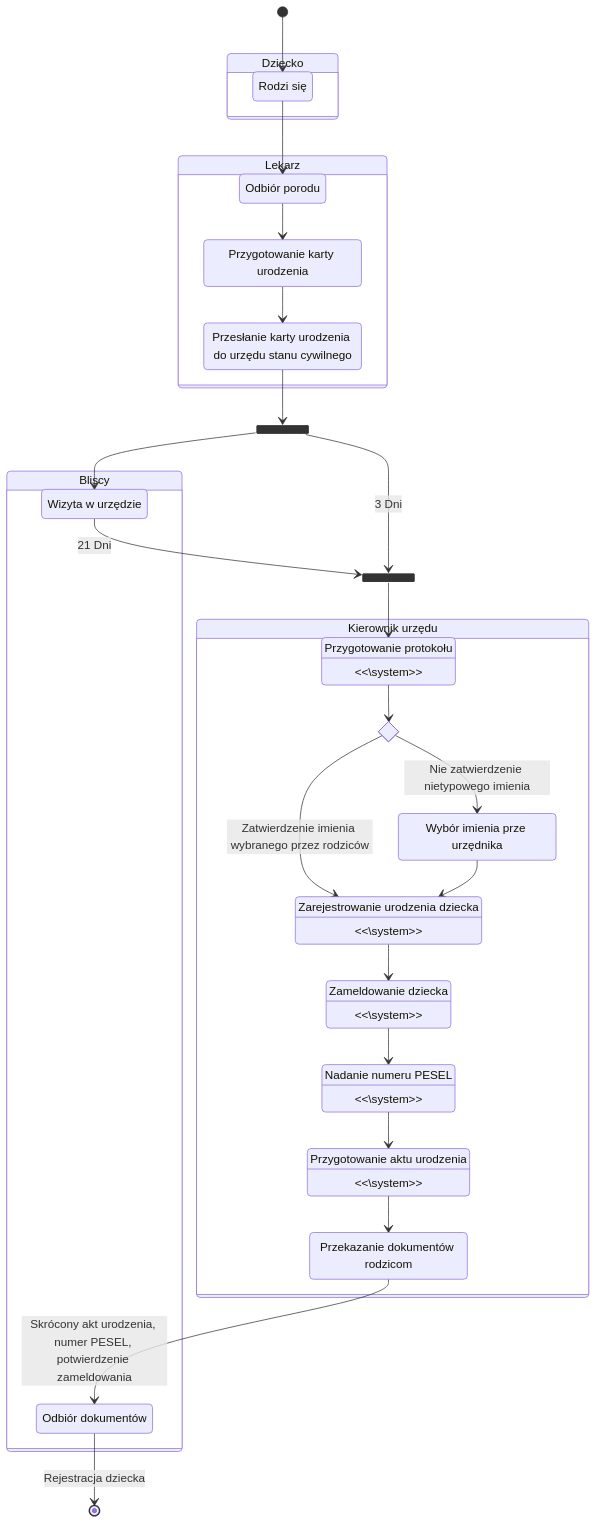
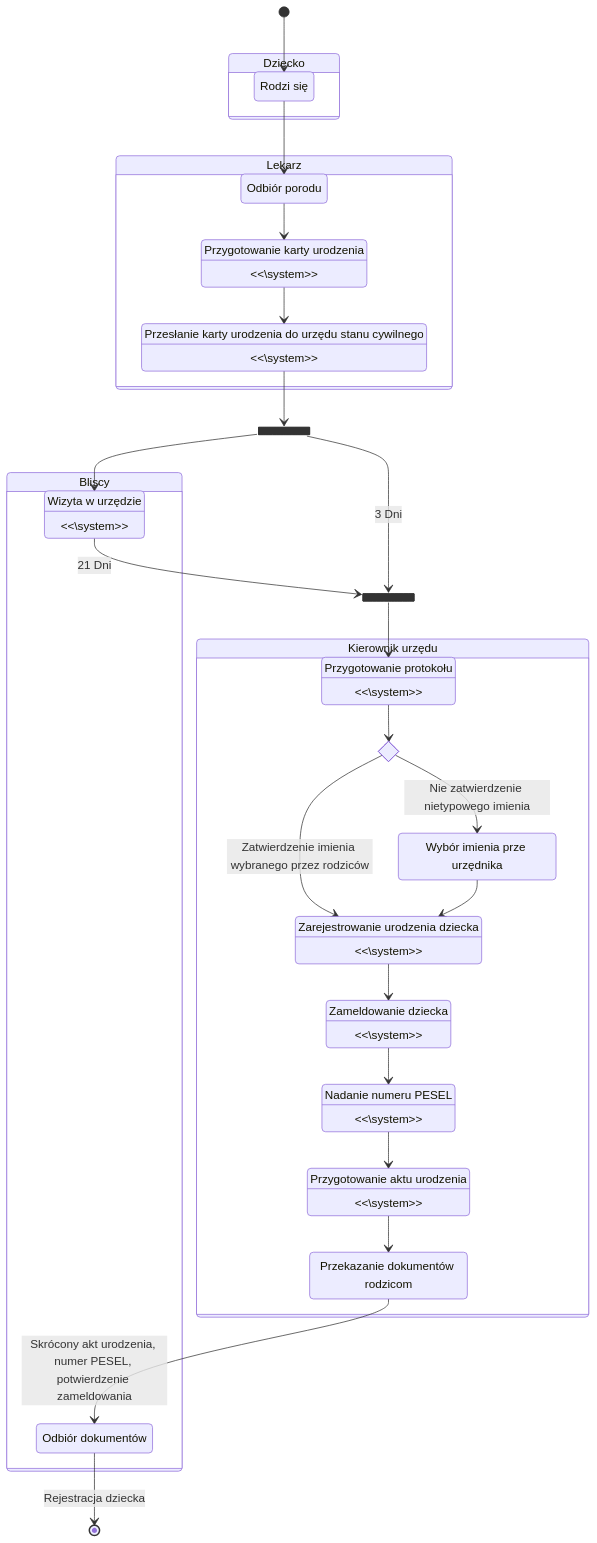
The second of 4 diagrams in README.md (bartlomiejkrawczyk/ZPI-22Z), drawn with Mermaid before and after one commit. The commit also changed other lines of this file, not shown here.

````diff
--- a/README.md
+++ b/README.md
@@ -225,60 +225,63 @@
 ```mermaid
 stateDiagram
     [*] --> r1
     state Dziecko {
         direction LR
         state "Rodzi się" as r1
     }
     state Lekarz {
         direction LR
         state "Odbiór porodu" as l1
         state "Przygotowanie karty urodzenia" as l2
+        state "<<\system>>" as l2
         state "Przesłanie karty urodzenia do urzędu stanu cywilnego" as l3
+        state "<<\system>>" as l3
 
         l1 --> l2
         l2 --> l3
     }
 
     r1 --> l1
 
     state Bliscy {
         state "Wizyta w urzędzie" as b1
+        state "<<\system>>" as b1
         state "Odbiór dokumentów" as b2
     }
     state "Kierownik urzędu" as kierownik {
         state "Przygotowanie protokołu" as k1
         state "<<\system>>" as k1
         state if_accept <<choice>>
         state "Wybór imienia prze urzędnika" as choice
         state "Zarejestrowanie urodzenia dziecka" as k2
         state "<<\system>>" as k2
         state "Zameldowanie dziecka" as k3
         state "<<\system>>" as k3
         state "Nadanie numeru PESEL" as k4
         state "<<\system>>" as k4
         state "Przygotowanie aktu urodzenia" as k5
         state "<<\system>>" as k5
         state "Przekazanie dokumentów rodzicom" as k6
 
         k1 --> if_accept
         if_accept --> k2: Zatwierdzenie imienia wybranego przez rodziców
         if_accept --> choice: Nie zatwierdzenie nietypowego imienia
         choice --> k2
         k2 --> k3
         k3 --> k4
         k4 --> k5
         k5 --> k6
     }
 
     state fork_state <<fork>>
       l3 --> fork_state
       fork_state --> b1
 
       state join_state <<join>>
       b1 --> join_state: 21 Dni
       join_state --> k1
       fork_state --> join_state: 3 Dni
 
     k6 --> b2: Skrócony akt urodzenia, numer PESEL, potwierdzenie zameldowania
     b2 --> [*]: Rejestracja dziecka
 ```
````
